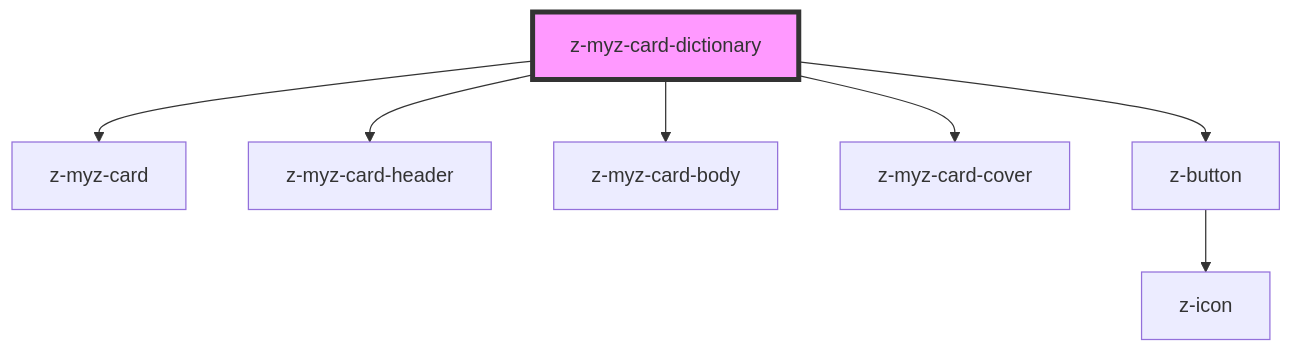
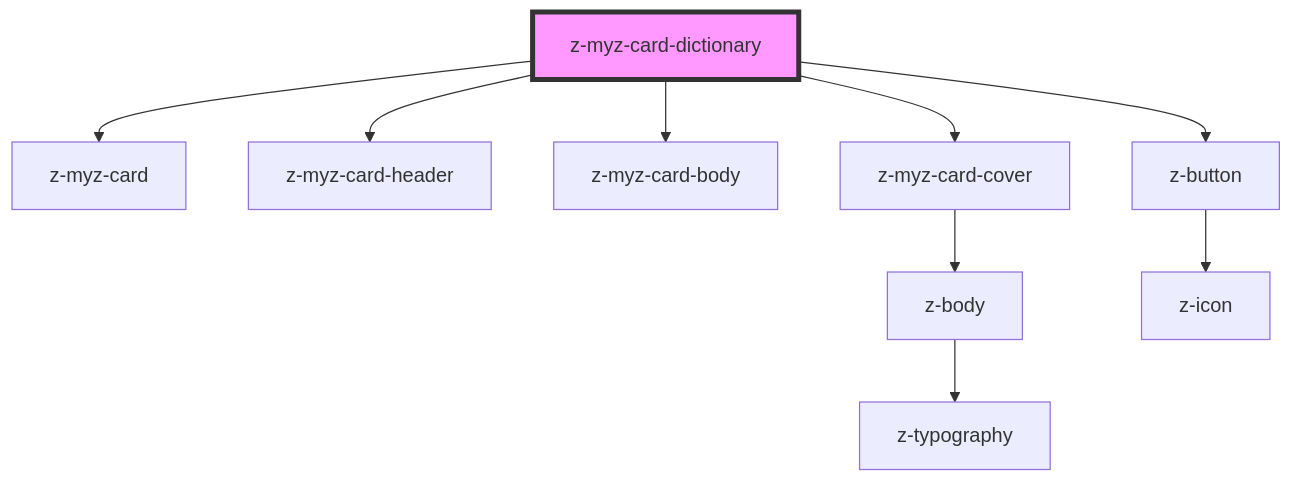
The diagram in src/snowflakes/myz/card/z-myz-card-dictionary/readme.md (ZanichelliEditore/design-system), drawn with Mermaid before and after one commit. The commit also changed 5 other files, not shown here.

````diff
--- a/src/snowflakes/myz/card/z-myz-card-dictionary/readme.md
+++ b/src/snowflakes/myz/card/z-myz-card-dictionary/readme.md
@@ -46,10 +46,12 @@
 ```mermaid
 graph TD;
   z-myz-card-dictionary --> z-myz-card
   z-myz-card-dictionary --> z-myz-card-header
   z-myz-card-dictionary --> z-myz-card-body
   z-myz-card-dictionary --> z-myz-card-cover
   z-myz-card-dictionary --> z-button
+  z-myz-card-cover --> z-body
+  z-body --> z-typography
   z-button --> z-icon
   style z-myz-card-dictionary fill:#f9f,stroke:#333,stroke-width:4px
 ```
````
